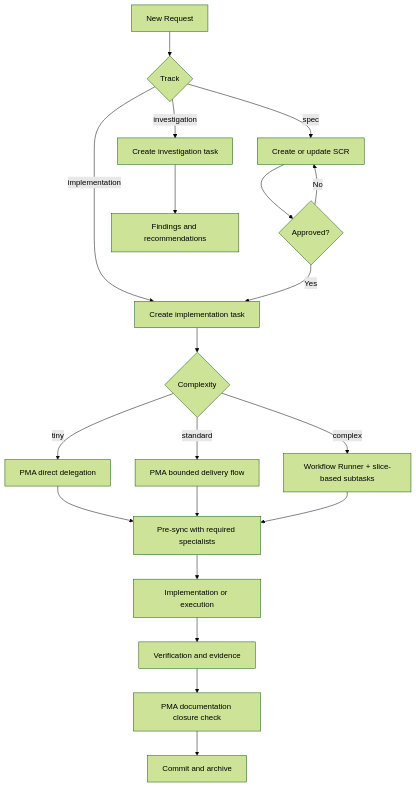
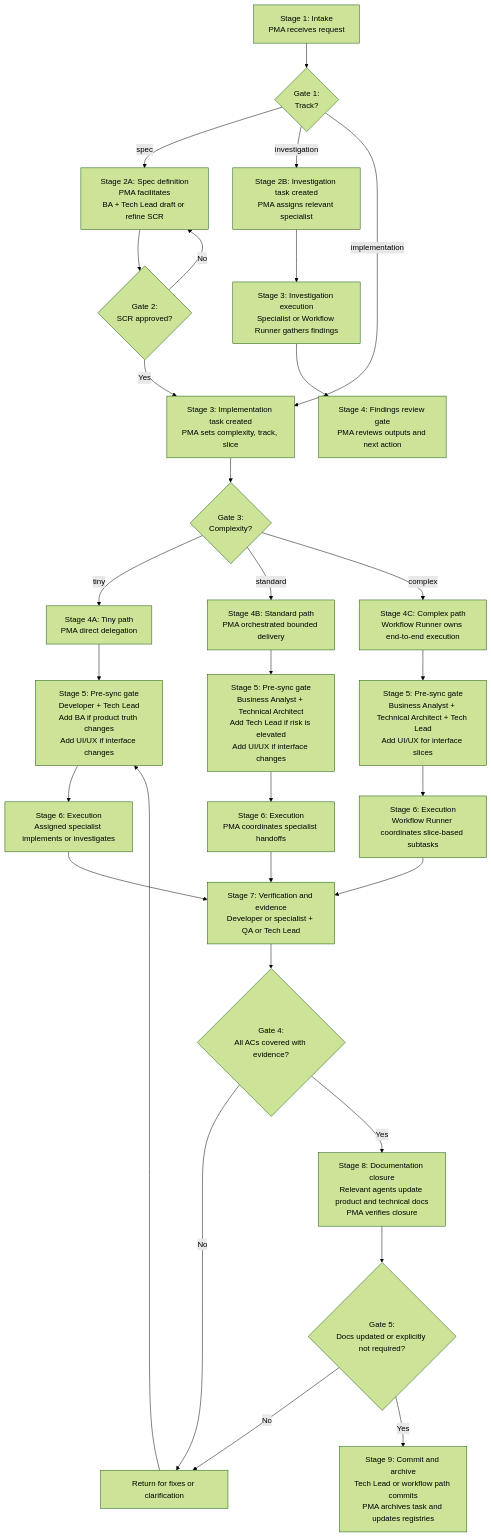
Before and after one commit to NeuralNomadsAI/NomadWorks: the diagram in README.md, drawn with Mermaid (forest theme).

Commit message:
docs: expand workflow diagram with stages and gates

````diff
--- a/README.md
+++ b/README.md
@@ -52,26 +52,41 @@
 ```mermaid
 flowchart TD
-    A[New Request] --> B{Track}
-    B -->|spec| C[Create or update SCR]
-    B -->|investigation| D[Create investigation task]
-    B -->|implementation| E[Create implementation task]
+    A[Stage 1: Intake<br/>PMA receives request] --> B{Gate 1:<br/>Track?}
 
-    C --> F{Approved?}
-    F -->|No| C
-    F -->|Yes| E
+    B -->|spec| C[Stage 2A: Spec definition<br/>PMA facilitates<br/>BA + Tech Lead draft or refine SCR]
+    C --> D{Gate 2:<br/>SCR approved?}
+    D -->|No| C
+    D -->|Yes| E[Stage 3: Implementation task created<br/>PMA sets complexity, track, slice]
 
-    E --> G{Complexity}
-    G -->|tiny| H[PMA direct delegation]
-    G -->|standard| I[PMA bounded delivery flow]
-    G -->|complex| J[Workflow Runner + slice-based subtasks]
+    B -->|investigation| F[Stage 2B: Investigation task created<br/>PMA assigns relevant specialist]
+    F --> G[Stage 3: Investigation execution<br/>Specialist or Workflow Runner gathers findings]
+    G --> H[Stage 4: Findings review gate<br/>PMA reviews outputs and next action]
 
-    D --> K[Findings and recommendations]
-    H --> L[Pre-sync with required specialists]
-    I --> L
-    J --> L
+    B -->|implementation| E
 
-    L --> M[Implementation or execution]
-    M --> N[Verification and evidence]
-    N --> O[PMA documentation closure check]
-    O --> P[Commit and archive]
+    E --> I{Gate 3:<br/>Complexity?}
+    I -->|tiny| J[Stage 4A: Tiny path<br/>PMA direct delegation]
+    I -->|standard| K[Stage 4B: Standard path<br/>PMA orchestrated bounded delivery]
+    I -->|complex| L[Stage 4C: Complex path<br/>Workflow Runner owns end-to-end execution]
+
+    J --> M[Stage 5: Pre-sync gate<br/>Developer + Tech Lead<br/>Add BA if product truth changes<br/>Add UI/UX if interface changes]
+    K --> N[Stage 5: Pre-sync gate<br/>Business Analyst + Technical Architect<br/>Add Tech Lead if risk is elevated<br/>Add UI/UX if interface changes]
+    L --> O[Stage 5: Pre-sync gate<br/>Business Analyst + Technical Architect + Tech Lead<br/>Add UI/UX for interface slices]
+
+    M --> P[Stage 6: Execution<br/>Assigned specialist implements or investigates]
+    N --> Q[Stage 6: Execution<br/>PMA coordinates specialist handoffs]
+    O --> R[Stage 6: Execution<br/>Workflow Runner coordinates slice-based subtasks]
+
+    P --> S[Stage 7: Verification and evidence<br/>Developer or specialist + QA or Tech Lead]
+    Q --> S
+    R --> S
+
+    S --> T{Gate 4:<br/>All ACs covered with evidence?}
+    T -->|No| U[Return for fixes or clarification]
+    U --> M
+    T -->|Yes| V[Stage 8: Documentation closure<br/>Relevant agents update product and technical docs<br/>PMA verifies closure]
+
+    V --> W{Gate 5:<br/>Docs updated or explicitly not required?}
+    W -->|No| U
+    W -->|Yes| X[Stage 9: Commit and archive<br/>Tech Lead or workflow path commits<br/>PMA archives task and updates registries]
 ```
````
